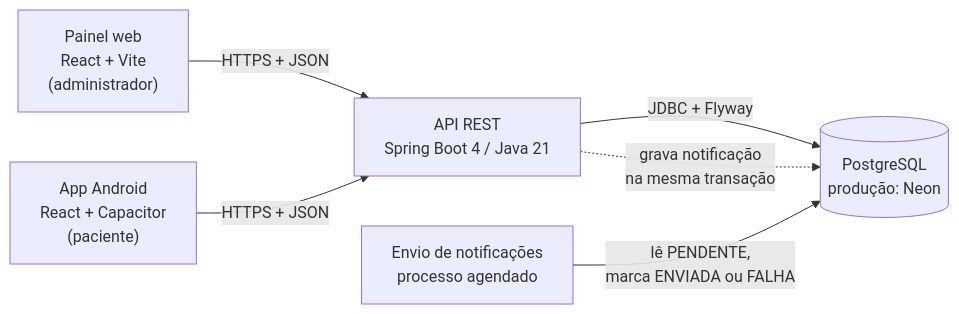
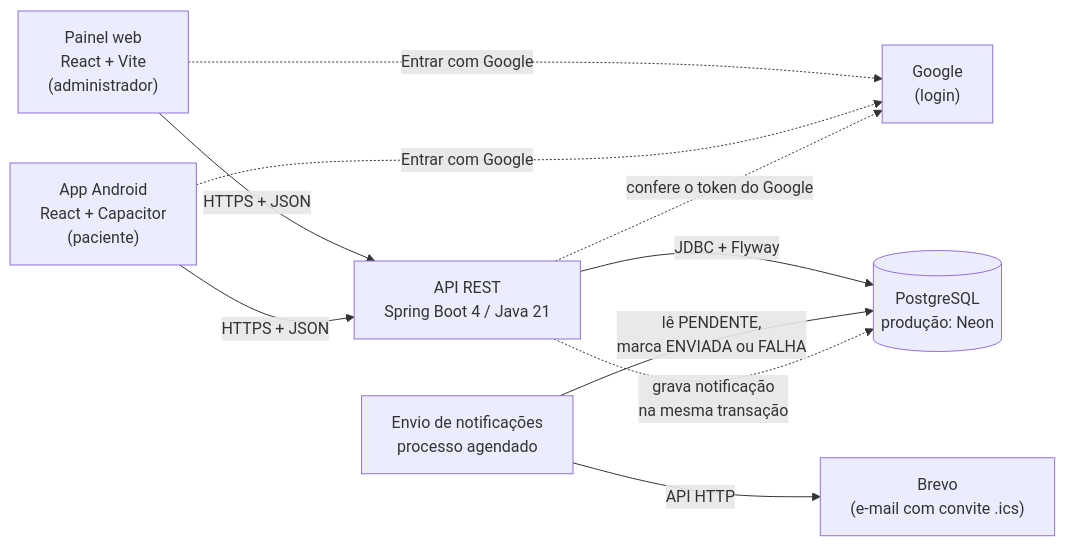
Before and after one commit to faculdade-ads-senai/agendamentos-sa-docs: the diagram in arquitetura/ARQUITETURA.md, drawn with Mermaid. The commit also changed other lines of this file and 7 other files, not shown here.

````diff
--- a/arquitetura/ARQUITETURA.md
+++ b/arquitetura/ARQUITETURA.md
@@ -5,8 +5,11 @@
 ```mermaid
 flowchart LR
     web["Painel web<br>React + Vite<br>(administrador)"] -->|HTTPS + JSON| api
     app["App Android<br>React + Capacitor<br>(paciente)"] -->|HTTPS + JSON| api
+    web & app -. "Entrar com Google" .-> google["Google<br>(login)"]
+    api -. confere o token do Google .-> google
     api["API REST<br>Spring Boot 4 / Java 21"] -->|JDBC + Flyway| db[("PostgreSQL<br>produção: Neon")]
     envio["Envio de notificações<br>processo agendado"] -->|lê PENDENTE,<br>marca ENVIADA ou FALHA| db
+    envio -->|API HTTP| brevo["Brevo<br>(e-mail com convite .ics)"]
     api -. grava notificação<br>na mesma transação .-> db
 ```
````
